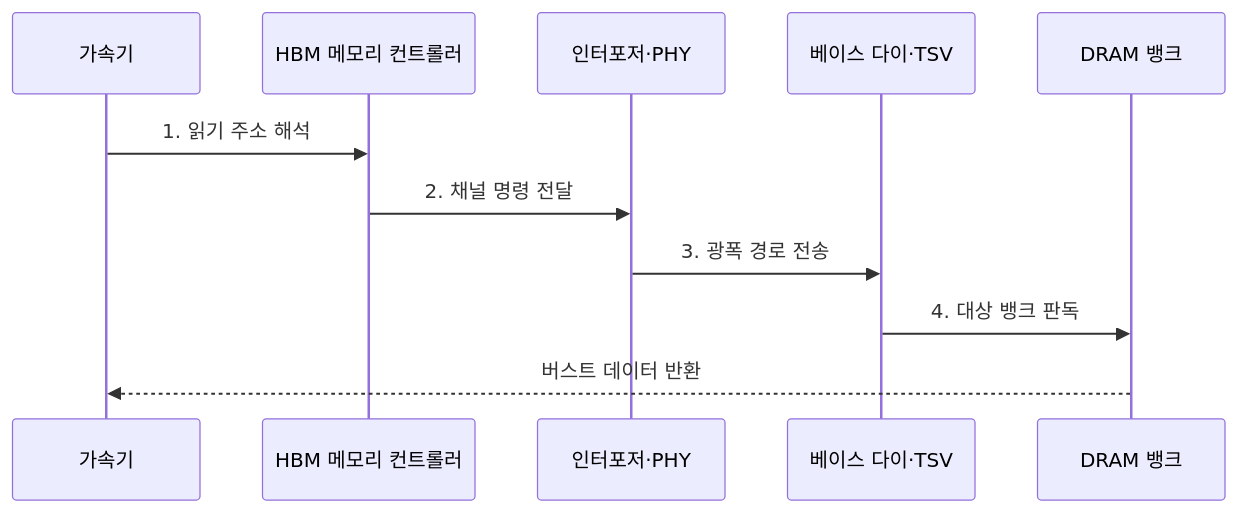
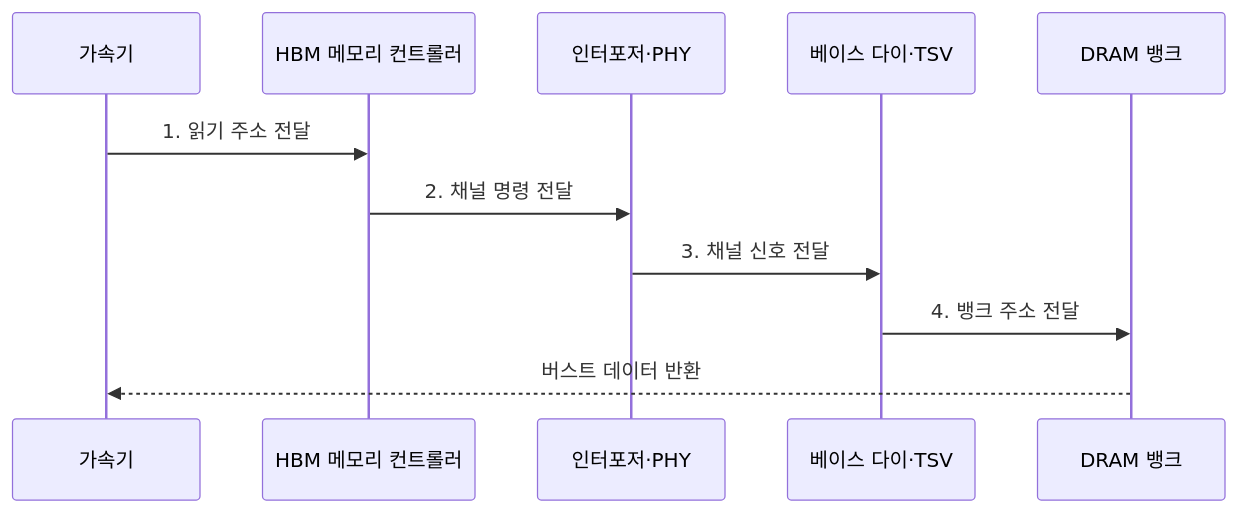
One commit to agnusdei1207/knowledge-base changed the second of 2 diagrams in src/content/docs/notes/02-hardware/025_hbm.md. Above: the diagram before and after it, drawn with Mermaid. The commit also changed other lines of this file and 20 other files, not shown here.

````diff
--- a/src/content/docs/notes/02-hardware/025_hbm.md
+++ b/src/content/docs/notes/02-hardware/025_hbm.md
@@ -94,14 +91,14 @@
 ```mermaid
 sequenceDiagram
     participant A as 가속기
     participant C as HBM 메모리 컨트롤러
     participant I as 인터포저·PHY
     participant V as 베이스 다이·TSV
     participant D as DRAM 뱅크
 
-    A->>C: 1. 읽기 주소 해석
+    A->>C: 1. 읽기 주소 전달
     C->>I: 2. 채널 명령 전달
-    I->>V: 3. 광폭 경로 전송
-    V->>D: 4. 대상 뱅크 판독
+    I->>V: 3. 채널 신호 전달
+    V->>D: 4. 뱅크 주소 전달
     D-->>A: 버스트 데이터 반환
 ```
````
